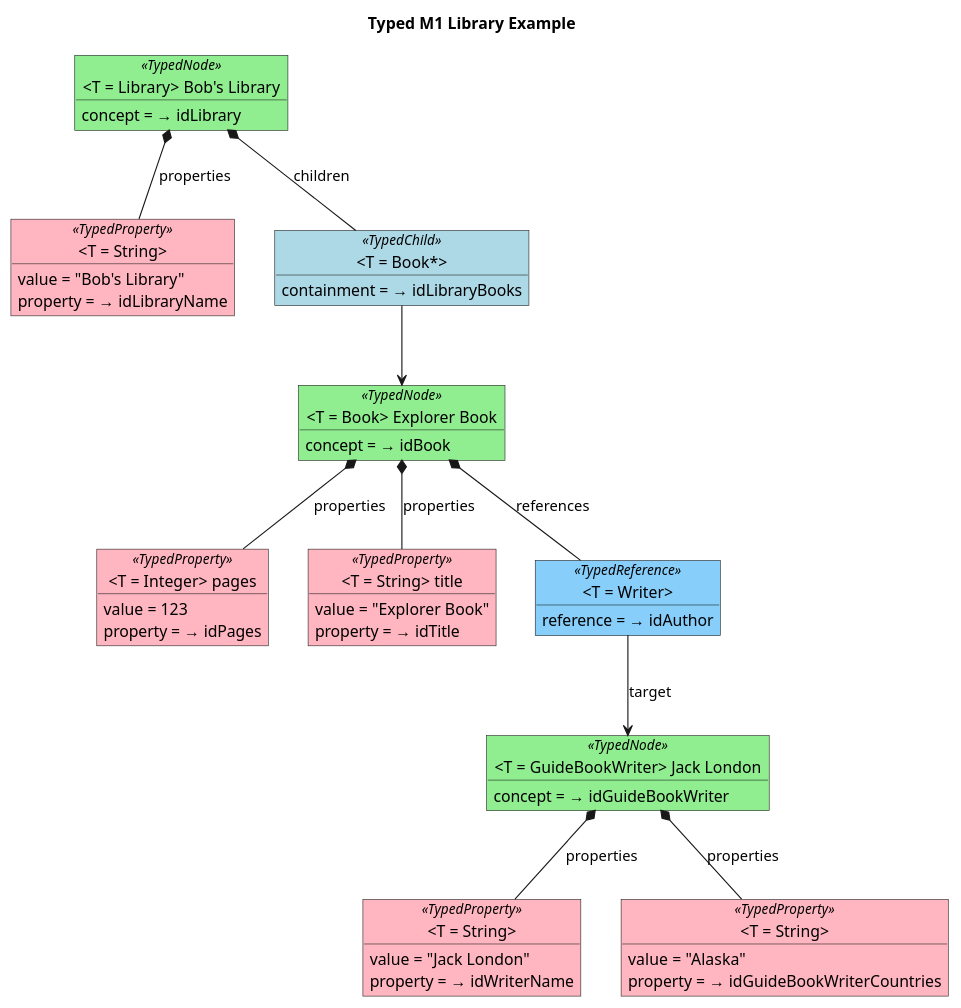
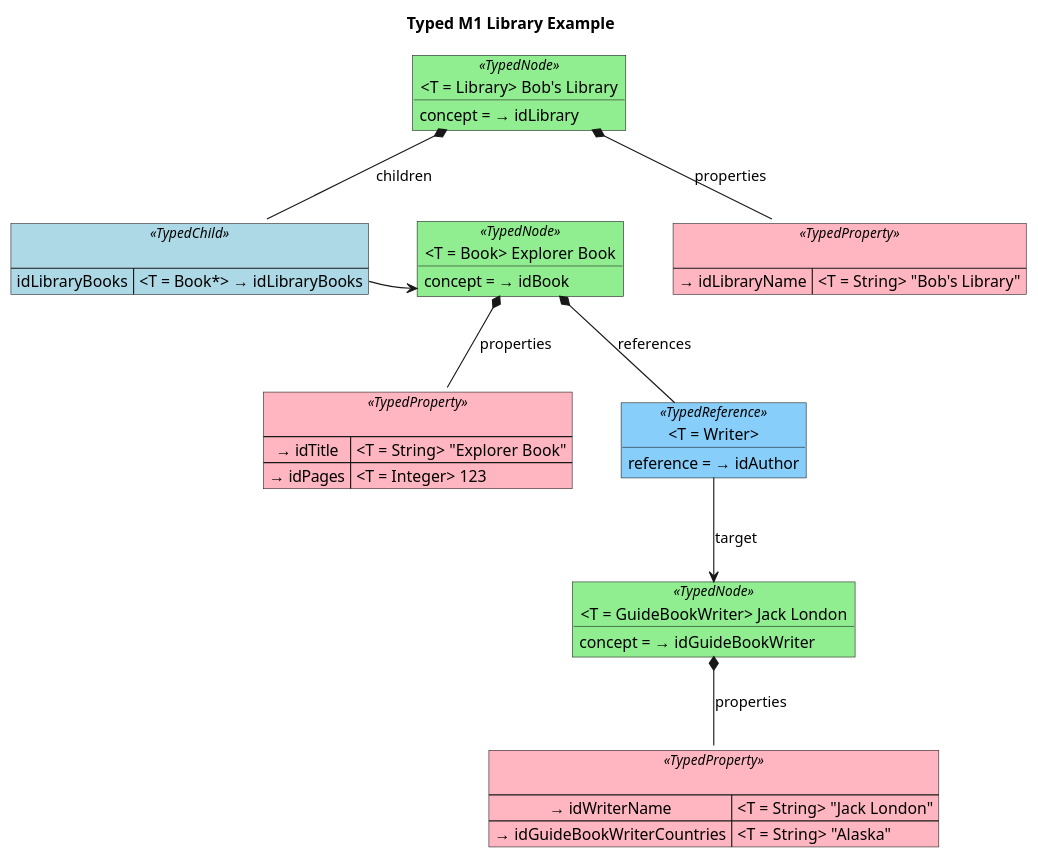
The diagram in lioncore/library-example/typed-library-m1.puml (LionWeb-io/specification), drawn with PlantUML before and after one commit. The commit also changed 2 other files, not shown here.

Commit message:
colored library examples pt. 2

```diff
--- a/lioncore/library-example/typed-library-m1.puml
+++ b/lioncore/library-example/typed-library-m1.puml
@@ -1,72 +1,59 @@
 @startuml
 ' Library
 title Typed M1 Library Example
 
 skinparam object {
     BackgroundColor<<TypedNode>> LightGreen
     BackgroundColor<<TypedReference>> LightSkyBlue
 }
-skinparam object {
+skinparam map {
     BackgroundColor<<TypedProperty>> LightPink
     BackgroundColor<<TypedChild>> LightBlue
 }
 
 object "<T = Library> Bob's Library" as library<<TypedNode>> {
     concept = → idLibrary
 }
 
-object "<T = String>" as libraryName<<TypedProperty>> {
-    value = "Bob's Library"
-    property = → idLibraryName
+map " " as libraryProperties<<TypedProperty>> {
+    → idLibraryName => <T = String> "Bob's Library"
 }
-library *-- libraryName: properties
+library *-- libraryProperties: properties
 
 ' Explorer book
 
 object "<T = Book> Explorer Book" as explorerBook<<TypedNode>> {
     concept = → idBook
 }
 
-object "<T = Integer> pages" as explorerBookPages<<TypedProperty>> {
-    value = 123
-    property = → idPages
+map " " as explorerBookProperties<<TypedProperty>> {
+    → idTitle => <T = String> "Explorer Book"
+    → idPages => <T = Integer> 123
 }
-explorerBook *-- explorerBookPages: properties
+explorerBook *-- explorerBookProperties: properties
 
-object "<T = String> title" as explorerBookTitle<<TypedProperty>> {
-    value = "Explorer Book"
-    property = → idTitle
+map " " as libraryChildren<<TypedChild>> {
+    idLibraryBooks => <T = Book*> → idLibraryBooks
 }
-explorerBook *-- explorerBookTitle: properties
-
-object "<T = Book*>" as libraryBooks<<TypedChild>> {
-    containment = → idLibraryBooks
-}
-library *-- libraryBooks: children
-libraryBooks --> explorerBook
+library *-- libraryChildren: children
+libraryChildren::idLibraryBooks -> explorerBook
 
 
 object "<T = Writer>" as explorerBookAuthor<<TypedReference>> {
     reference = → idAuthor
 }
 explorerBook *-- explorerBookAuthor: references
 
 ' Jack London
 object "<T = GuideBookWriter> Jack London" as jackLondon<<TypedNode>> {
     concept = → idGuideBookWriter
 }
 
-object "<T = String>" as jackLondonName<<TypedProperty>> {
-    value = "Jack London"
-    property = → idWriterName
+map " " as jackLondonProperties<<TypedProperty>> {
+    → idWriterName => <T = String> "Jack London"
+    → idGuideBookWriterCountries => <T = String> "Alaska"
 }
-jackLondon *-- jackLondonName: properties
-
-object "<T = String>" as jackLondonCountries<<TypedProperty>> {
-    value = "Alaska"
-    property = → idGuideBookWriterCountries
-}
-jackLondon *-- jackLondonCountries: properties
+jackLondon *-- jackLondonProperties: properties
 
 explorerBookAuthor --> jackLondon: target
 @enduml
```
